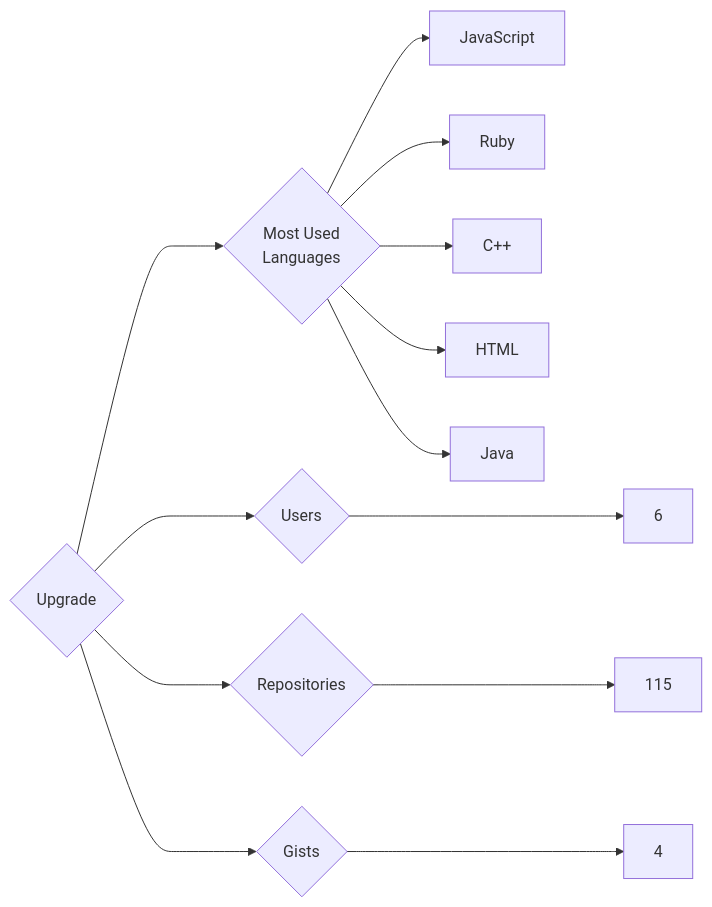
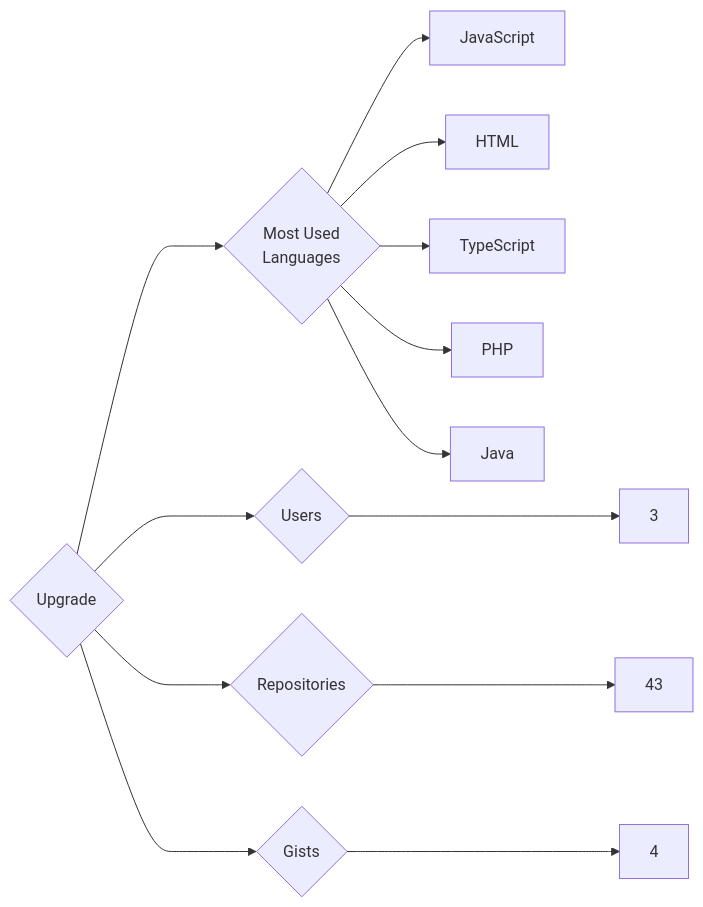
One commit to trickest/insiders changed the diagram in targets/Upgrade/README.md. Above: the diagram before and after it, drawn with Mermaid. The commit also changed 1496 other files, not shown here.

````diff
--- a/targets/Upgrade/README.md
+++ b/targets/Upgrade/README.md
@@ -3,13 +3,13 @@
 ```mermaid
 graph LR
 COMPANY_NAME{Upgrade}
-COMPANY_NAME ---> U{Users} ---> UN[6]
-COMPANY_NAME ---> R{Repositories} ---> RN[115]
+COMPANY_NAME ---> U{Users} ---> UN[3]
+COMPANY_NAME ---> R{Repositories} ---> RN[43]
 COMPANY_NAME ---> G{Gists} ---> GN[4]
 COMPANY_NAME ---> ML{Most Used<br>Languages}
 ML --> JavaScript[JavaScript]
-ML --> Ruby[Ruby]
-ML --> C++[C++]
 ML --> HTML[HTML]
+ML --> TypeScript[TypeScript]
+ML --> PHP[PHP]
 ML --> Java[Java]
 ```
````
